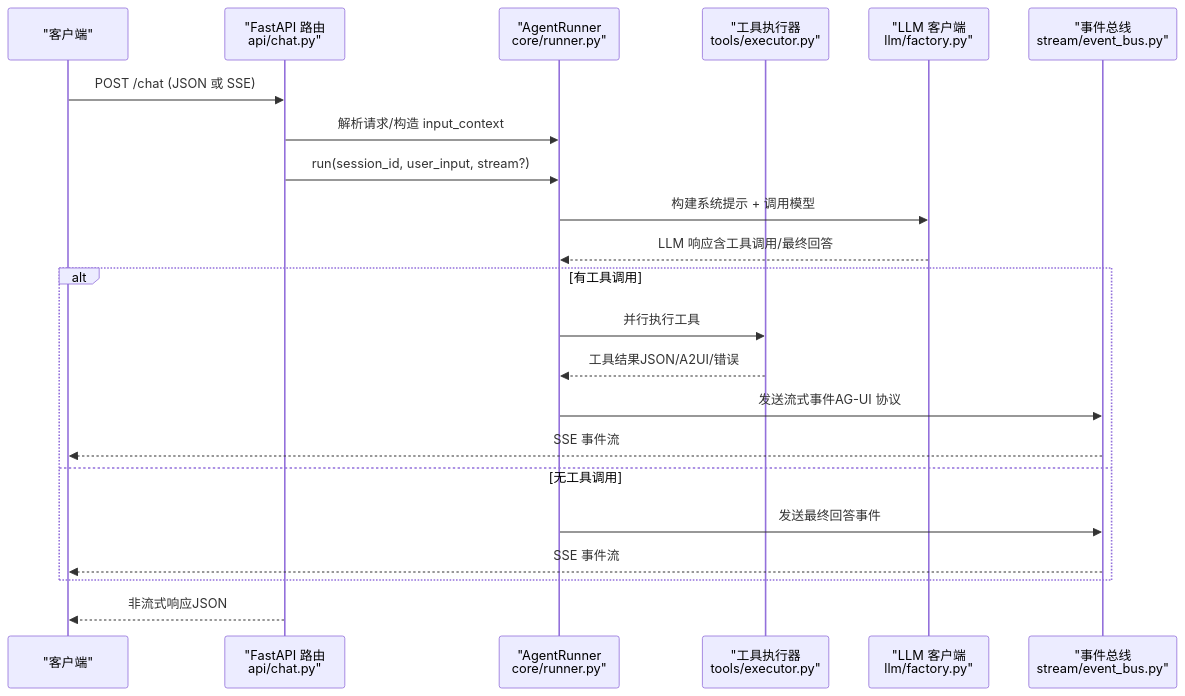
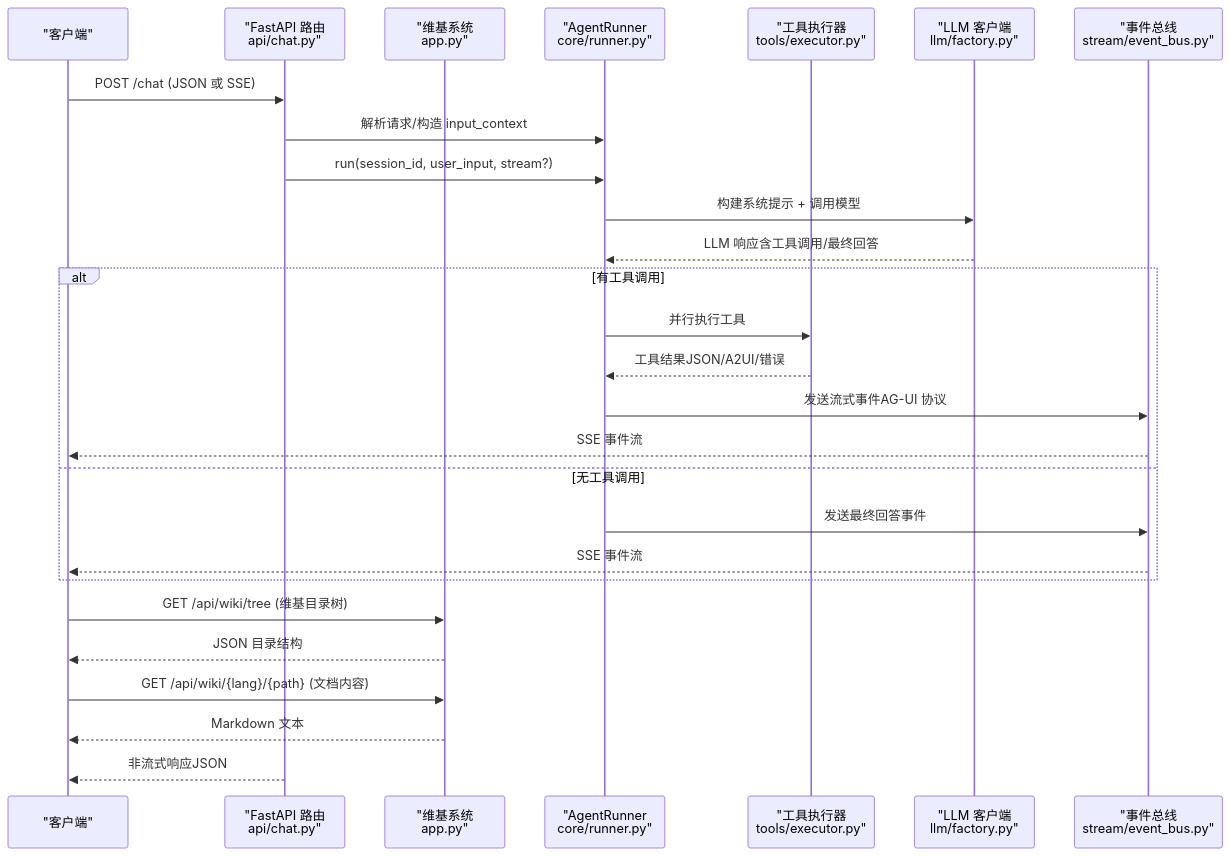
One commit to YU-JI-KUI/ark-agentic changed the second of 6 diagrams in repowiki/zh/content/快速开始.md. Above: the diagram before and after it, drawn with Mermaid. The commit also changed other lines of this file and 10 other files, not shown here.

````diff
--- a/repowiki/zh/content/快速开始.md
+++ b/repowiki/zh/content/快速开始.md
@@ -95,24 +112,29 @@
 ```mermaid
 sequenceDiagram
 participant Client as "客户端"
 participant API as "FastAPI 路由<br/>api/chat.py"
+participant Wiki as "维基系统<br/>app.py"
 participant Agent as "AgentRunner<br/>core/runner.py"
 participant Tools as "工具执行器<br/>tools/executor.py"
 participant LLM as "LLM 客户端<br/>llm/factory.py"
 participant Bus as "事件总线<br/>stream/event_bus.py"
 Client->>API : POST /chat (JSON 或 SSE)
 API->>Agent : 解析请求/构造 input_context
 API->>Agent : run(session_id, user_input, stream?)
 Agent->>LLM : 构建系统提示 + 调用模型
 LLM-->>Agent : LLM 响应含工具调用/最终回答
 alt 有工具调用
 Agent->>Tools : 并行执行工具
 Tools-->>Agent : 工具结果JSON/A2UI/错误
 Agent->>Bus : 发送流式事件AG-UI 协议
 Bus-->>Client : SSE 事件流
 else 无工具调用
 Agent->>Bus : 发送最终回答事件
 Bus-->>Client : SSE 事件流
 end
+Client->>Wiki : GET /api/wiki/tree (维基目录树)
+Wiki-->>Client : JSON 目录结构
+Client->>Wiki : GET /api/wiki/{lang}/{path} (文档内容)
+Wiki-->>Client : Markdown 文本
 API-->>Client : 非流式响应JSON
 ```
````
